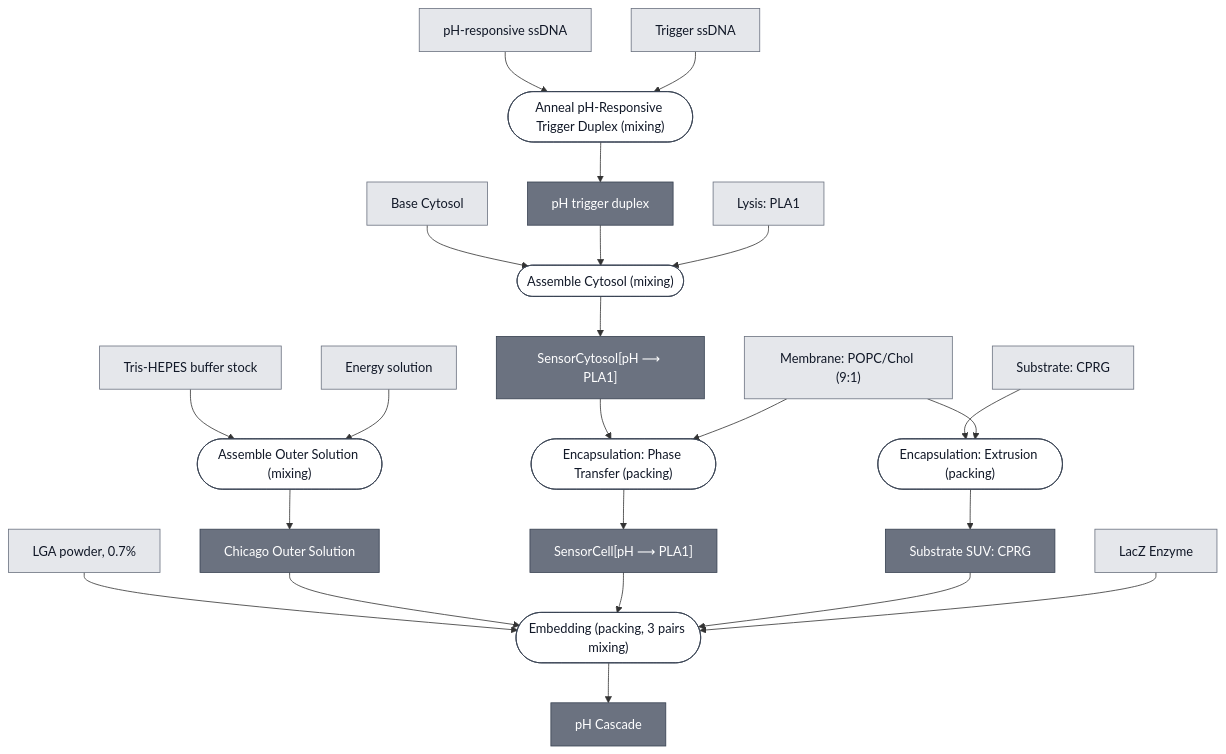
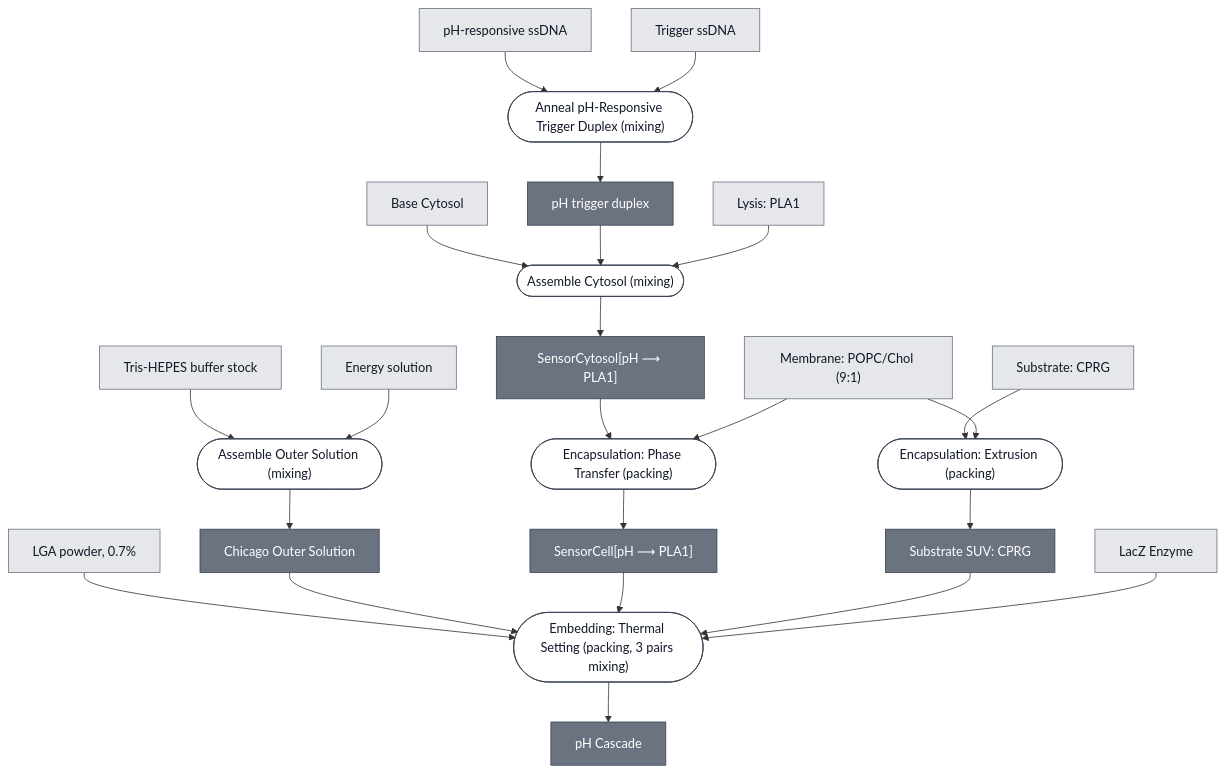
One commit to nucleus-eng/nucleus-docs changed the diagram in docs/modules/ph-cascade/spec.md. Above: the diagram before and after it, drawn with Mermaid. The commit also changed 6 other files, not shown here.

````diff
--- a/docs/modules/ph-cascade/spec.md
+++ b/docs/modules/ph-cascade/spec.md
@@ -35,81 +35,81 @@
 ```mermaid
 flowchart TD
     BASE_CYTOSOL["Base Cytosol"]
     PH_RESPONSIVE_SSDNA["pH-responsive ssDNA"]
     TRIGGER_SSDNA["Trigger ssDNA"]
     EFFECTOR_PLA1["Lysis: PLA1"]
     MEMBRANE_CHICAGO["Membrane: POPC/Chol (9:1)"]
     SUBSTRATE_CPRG["Substrate: CPRG"]
     REPORTER_LACZ_ENZYME["LacZ Enzyme"]
     LGA_POWDER["LGA powder, 0.7%"]
     TRIS_HEPES_STOCK["Tris-HEPES buffer stock"]
     ENERGY_SOLUTION["Energy solution"]
 
     P1_ASSEMBLE_OUTER_SOLUTION_0(["Assemble Outer Solution (mixing)"])
     OUTER_SOLUTION_CHICAGO["Chicago Outer Solution"]
     P2_ANNEAL_TRIGGER_DUPLEX_0(["Anneal pH-Responsive Trigger Duplex (mixing)"])
     PH_TRIGGER_DUPLEX["pH trigger duplex"]
     P3_ASSEMBLE_CYTOSOL_0(["Assemble Cytosol (mixing)"])
     PH_SENSOR_CYTOSOL["SensorCytosol[pH ⟶ PLA1]"]
     P4_ENCAPSULATE_0(["Encapsulation: Phase Transfer (packing)"])
     PH_SENSING_CELL["SensorCell[pH ⟶ PLA1]"]
     P5_ENCAPSULATE_SUBSTRATE_SUV_0(["Encapsulation: Extrusion (packing)"])
     SUBSTRATE_CPRG_SUV["Substrate SUV: CPRG"]
-    P6_EMBED_AGAROSE_0(["Embedding (packing, 3 pairs mixing)"])
+    P6_EMBED_AGAROSE_0(["Embedding: Thermal Setting (packing, 3 pairs mixing)"])
     PH_CASCADE["pH Cascade"]
 
     TRIS_HEPES_STOCK --> P1_ASSEMBLE_OUTER_SOLUTION_0
     ENERGY_SOLUTION --> P1_ASSEMBLE_OUTER_SOLUTION_0
     P1_ASSEMBLE_OUTER_SOLUTION_0 --> OUTER_SOLUTION_CHICAGO
 
     PH_RESPONSIVE_SSDNA --> P2_ANNEAL_TRIGGER_DUPLEX_0
     TRIGGER_SSDNA --> P2_ANNEAL_TRIGGER_DUPLEX_0
     P2_ANNEAL_TRIGGER_DUPLEX_0 --> PH_TRIGGER_DUPLEX
 
     BASE_CYTOSOL --> P3_ASSEMBLE_CYTOSOL_0
     PH_TRIGGER_DUPLEX --> P3_ASSEMBLE_CYTOSOL_0
     EFFECTOR_PLA1 --> P3_ASSEMBLE_CYTOSOL_0
     P3_ASSEMBLE_CYTOSOL_0 --> PH_SENSOR_CYTOSOL
 
     PH_SENSOR_CYTOSOL --> P4_ENCAPSULATE_0
     MEMBRANE_CHICAGO --> P4_ENCAPSULATE_0
     P4_ENCAPSULATE_0 --> PH_SENSING_CELL
 
     SUBSTRATE_CPRG --> P5_ENCAPSULATE_SUBSTRATE_SUV_0
     MEMBRANE_CHICAGO --> P5_ENCAPSULATE_SUBSTRATE_SUV_0
     P5_ENCAPSULATE_SUBSTRATE_SUV_0 --> SUBSTRATE_CPRG_SUV
 
     LGA_POWDER --> P6_EMBED_AGAROSE_0
     OUTER_SOLUTION_CHICAGO --> P6_EMBED_AGAROSE_0
     PH_SENSING_CELL --> P6_EMBED_AGAROSE_0
     SUBSTRATE_CPRG_SUV --> P6_EMBED_AGAROSE_0
     REPORTER_LACZ_ENZYME --> P6_EMBED_AGAROSE_0
     P6_EMBED_AGAROSE_0 --> PH_CASCADE
 
 
     classDef leaf     fill:#e5e7eb,stroke:#6b7280,color:#111827;
     classDef composed fill:#6b7280,stroke:#374151,color:#ffffff;
     classDef process  fill:#ffffff,stroke:#374151,color:#111827;
     class BASE_CYTOSOL,PH_RESPONSIVE_SSDNA,TRIGGER_SSDNA,EFFECTOR_PLA1,MEMBRANE_CHICAGO,SUBSTRATE_CPRG,REPORTER_LACZ_ENZYME,LGA_POWDER,TRIS_HEPES_STOCK,ENERGY_SOLUTION leaf;
     class OUTER_SOLUTION_CHICAGO,PH_TRIGGER_DUPLEX,PH_SENSOR_CYTOSOL,PH_SENSING_CELL,SUBSTRATE_CPRG_SUV,PH_CASCADE composed;
     class P1_ASSEMBLE_OUTER_SOLUTION_0,P2_ANNEAL_TRIGGER_DUPLEX_0,P3_ASSEMBLE_CYTOSOL_0,P4_ENCAPSULATE_0,P5_ENCAPSULATE_SUBSTRATE_SUV_0,P6_EMBED_AGAROSE_0 process;
 
     click BASE_CYTOSOL "/docs/modules/base-cytosol/spec"
     click EFFECTOR_PLA1 "/docs/modules/effector-pla1/spec"
     click MEMBRANE_CHICAGO "/docs/modules/membrane-popc-chol-chicago/spec"
     click SUBSTRATE_CPRG "/docs/modules/substrate-cprg/spec"
     click REPORTER_LACZ_ENZYME "/docs/modules/reporter-lacz-enzyme/spec"
     click LGA_POWDER "/docs/modules/gel-lga/spec"
     click P1_ASSEMBLE_OUTER_SOLUTION_0 "/docs/processes/assemble-outer-solution/main"
     click OUTER_SOLUTION_CHICAGO "/docs/modules/outer-solution-chicago/spec"
     click P2_ANNEAL_TRIGGER_DUPLEX_0 "/docs/processes/anneal-ph-trigger-duplex/main"
     click PH_TRIGGER_DUPLEX "/docs/modules/detector-ph/spec"
     click P3_ASSEMBLE_CYTOSOL_0 "/docs/processes/assemble-cytosol/assemble-cytosol-main"
     click PH_SENSOR_CYTOSOL "/docs/modules/ph-sensor-cytosol/spec"
     click P4_ENCAPSULATE_0 "/docs/processes/assemble-base-cell/main"
     click PH_SENSING_CELL "/docs/modules/ph-sensing-cell/spec"
     click P5_ENCAPSULATE_SUBSTRATE_SUV_0 "/docs/processes/encapsulate-suv/main"
     click SUBSTRATE_CPRG_SUV "/docs/modules/substrate-cprg-suv/spec"
-    click P6_EMBED_AGAROSE_0 "/docs/processes/embed-hydrogel/main"
+    click P6_EMBED_AGAROSE_0 "/docs/processes/embed-thermal-setting/main"
     click PH_CASCADE "/docs/modules/ph-cascade/spec"
 ```
````
